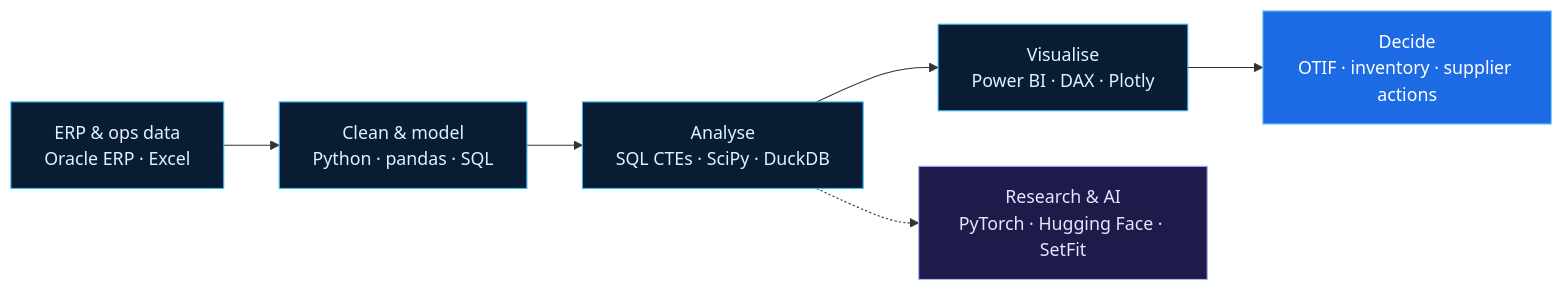
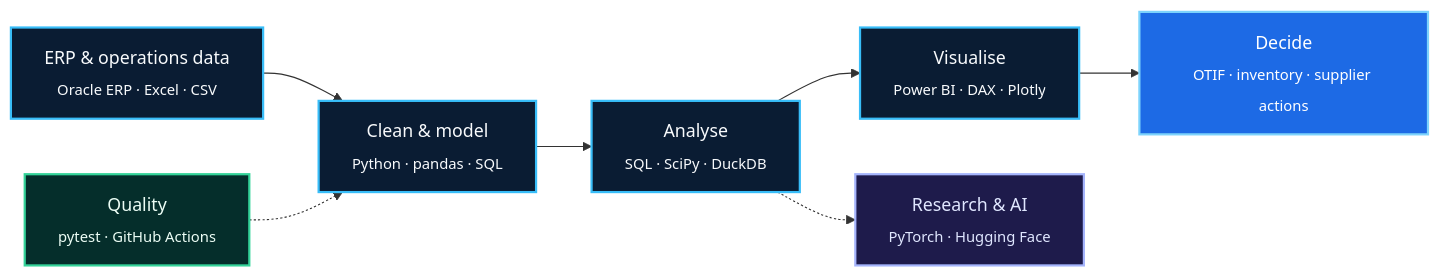
One commit to Haven-Pham/Haven-Pham changed the diagram in README.md. Above: the diagram before and after it, drawn with Mermaid. The commit also changed other lines of this file and 13 other files, not shown here.

Commit message:
Redesign profile README: section titles, experience timeline with logos, education, footer

````diff
--- a/README.md
+++ b/README.md
@@ -59,14 +102,16 @@
 ```mermaid
 flowchart LR
-    A[ERP & ops data<br/>Oracle ERP · Excel] --> B[Clean & model<br/>Python · pandas · SQL]
-    B --> C[Analyse<br/>SQL CTEs · SciPy · DuckDB]
-    C --> D[Visualise<br/>Power BI · DAX · Plotly]
-    D --> E[Decide<br/>OTIF · inventory · supplier actions]
-    C -.-> F[Research & AI<br/>PyTorch · Hugging Face · SetFit]
-    style A fill:#0A1C33,stroke:#38BDF8,color:#E0F2FE
-    style B fill:#0A1C33,stroke:#38BDF8,color:#E0F2FE
-    style C fill:#0A1C33,stroke:#38BDF8,color:#E0F2FE
-    style D fill:#0A1C33,stroke:#38BDF8,color:#E0F2FE
-    style E fill:#1D6AE5,stroke:#7DD3FC,color:#FFFFFF
-    style F fill:#1E1B4B,stroke:#A5B4FC,color:#E0E7FF
+    A["ERP & operations data<br/><sub>Oracle ERP · Excel · CSV</sub>"] --> B["Clean & model<br/><sub>Python · pandas · SQL</sub>"]
+    B --> C["Analyse<br/><sub>SQL · SciPy · DuckDB</sub>"]
+    C --> D["Visualise<br/><sub>Power BI · DAX · Plotly</sub>"]
+    D --> E["Decide<br/><sub>OTIF · inventory · supplier actions</sub>"]
+    C -.-> F["Research & AI<br/><sub>PyTorch · Hugging Face</sub>"]
+    G["Quality<br/><sub>pytest · GitHub Actions</sub>"] -.-> B
+    style A fill:#0A1C33,stroke:#38BDF8,stroke-width:2px,color:#F8FAFC
+    style B fill:#0A1C33,stroke:#38BDF8,stroke-width:2px,color:#F8FAFC
+    style C fill:#0A1C33,stroke:#38BDF8,stroke-width:2px,color:#F8FAFC
+    style D fill:#0A1C33,stroke:#38BDF8,stroke-width:2px,color:#F8FAFC
+    style E fill:#1D6AE5,stroke:#7DD3FC,stroke-width:2px,color:#FFFFFF
+    style F fill:#1E1B4B,stroke:#A5B4FC,stroke-width:2px,color:#E0E7FF
+    style G fill:#052E2B,stroke:#34D399,stroke-width:2px,color:#ECFDF5
 ```
````
